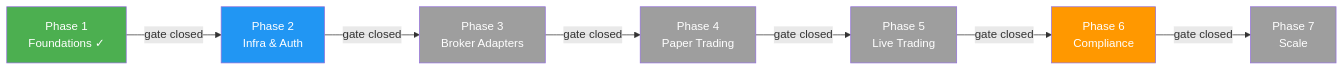
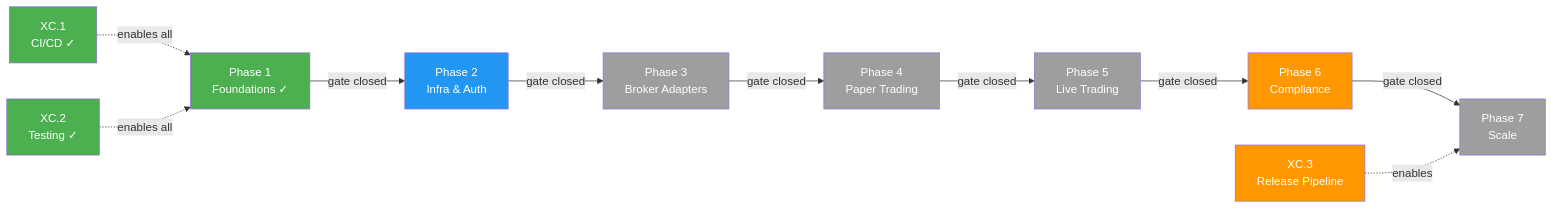
The first of 2 diagrams in STRATEGY.md (SevFle/nexus-trade-engine), drawn with Mermaid before and after one commit. The commit also changed other lines of this file, not shown here.

````diff
--- a/STRATEGY.md
+++ b/STRATEGY.md
@@ -33,17 +41,24 @@
 ```mermaid
 flowchart LR
     P1["Phase 1<br/>Foundations ✓"] -->|gate closed| P2["Phase 2<br/>Infra & Auth"]
     P2 -->|gate closed| P3["Phase 3<br/>Broker Adapters"]
     P3 -->|gate closed| P4["Phase 4<br/>Paper Trading"]
     P4 -->|gate closed| P5["Phase 5<br/>Live Trading"]
     P5 -->|gate closed| P6["Phase 6<br/>Compliance"]
     P6 -->|gate closed| P7["Phase 7<br/>Scale"]
 
+    XC1["XC.1<br/>CI/CD ✓"] -.->|enables all| P1
+    XC2["XC.2<br/>Testing ✓"] -.->|enables all| P1
+    XC3["XC.3<br/>Release Pipeline"] -.->|enables| P7
+
     style P1 fill:#4caf50,color:#fff
     style P2 fill:#2196f3,color:#fff
     style P3 fill:#9e9e9e,color:#fff
     style P4 fill:#9e9e9e,color:#fff
     style P5 fill:#9e9e9e,color:#fff
     style P6 fill:#ff9800,color:#fff
     style P7 fill:#9e9e9e,color:#fff
+    style XC1 fill:#4caf50,color:#fff
+    style XC2 fill:#4caf50,color:#fff
+    style XC3 fill:#ff9800,color:#fff
 ```
````
